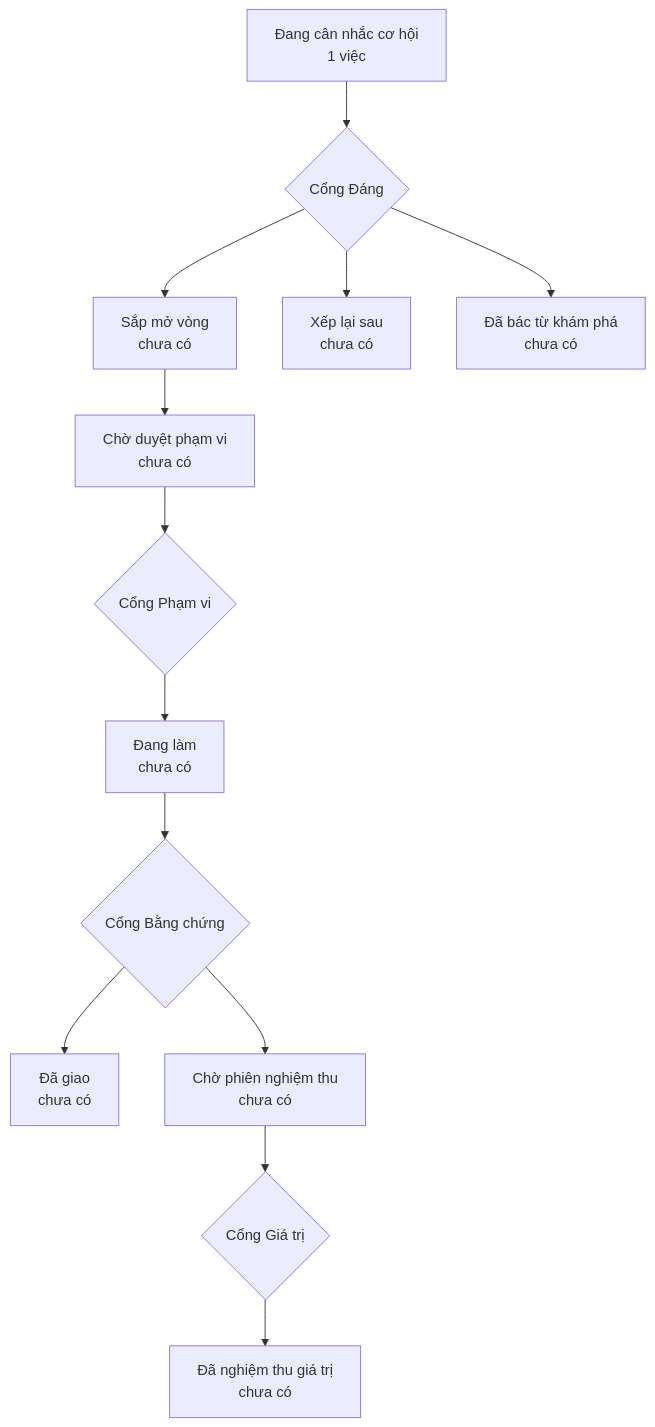
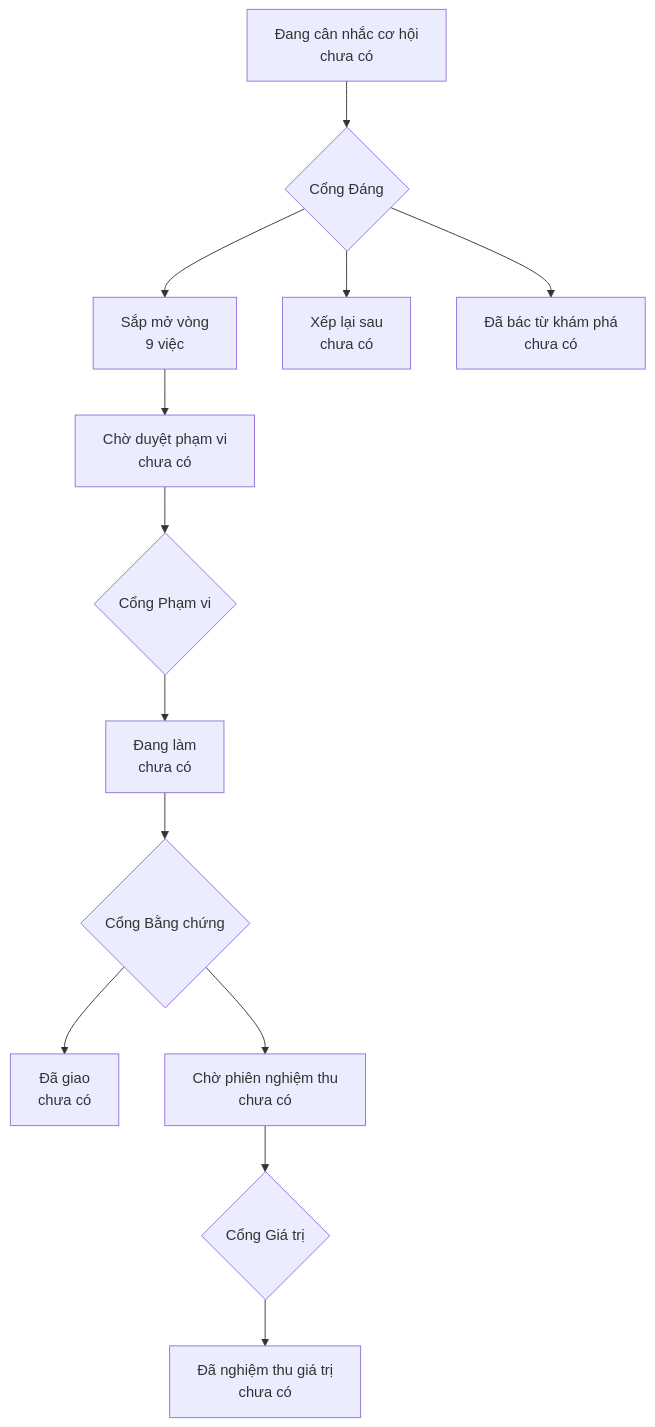
The diagram in PRODUCT-MAP.md (phanlemanh/onehub-quy-hang), drawn with Mermaid before and after one commit. The commit also changed other lines of this file and 1 other file, not shown here.

Commit message:
chore: vẽ lại bản đồ sản phẩm sau khi ký Cổng Đáng đợt nen-dau

````diff
--- a/PRODUCT-MAP.md
+++ b/PRODUCT-MAP.md
@@ -7,12 +7,12 @@
 ```mermaid
 flowchart TD
-  A["Đang cân nhắc cơ hội<br/>1 việc"] --> GD{"Cổng Đáng"}
-  GD --> B["Sắp mở vòng<br/>chưa có"]
+  A["Đang cân nhắc cơ hội<br/>chưa có"] --> GD{"Cổng Đáng"}
+  GD --> B["Sắp mở vòng<br/>9 việc"]
   GD --> XL["Xếp lại sau<br/>chưa có"]
   GD --> DB["Đã bác từ khám phá<br/>chưa có"]
   B --> CD["Chờ duyệt phạm vi<br/>chưa có"] --> GP{"Cổng Phạm vi"}
   GP --> DL["Đang làm<br/>chưa có"] --> GB{"Cổng Bằng chứng"}
   GB --> DG["Đã giao<br/>chưa có"]
   GB --> CN["Chờ phiên nghiệm thu<br/>chưa có"] --> GG{"Cổng Giá trị"}
   GG --> NT["Đã nghiệm thu giá trị<br/>chưa có"]
 ```
````
